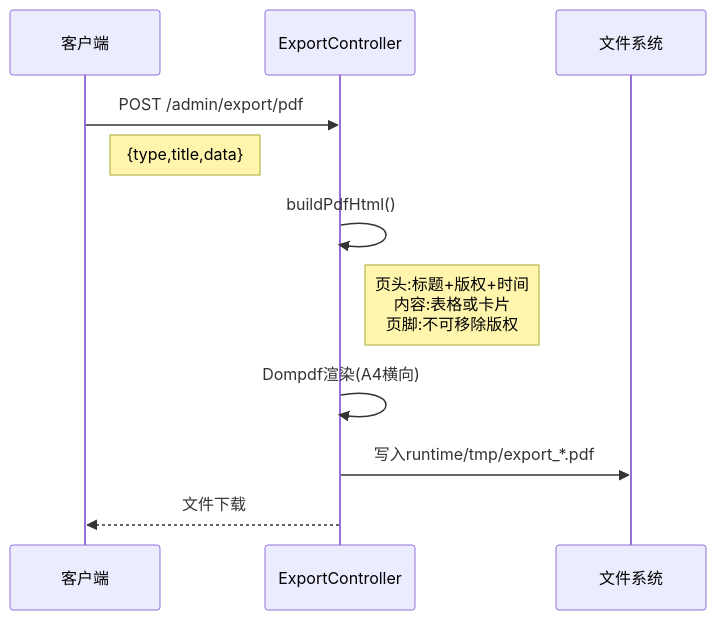
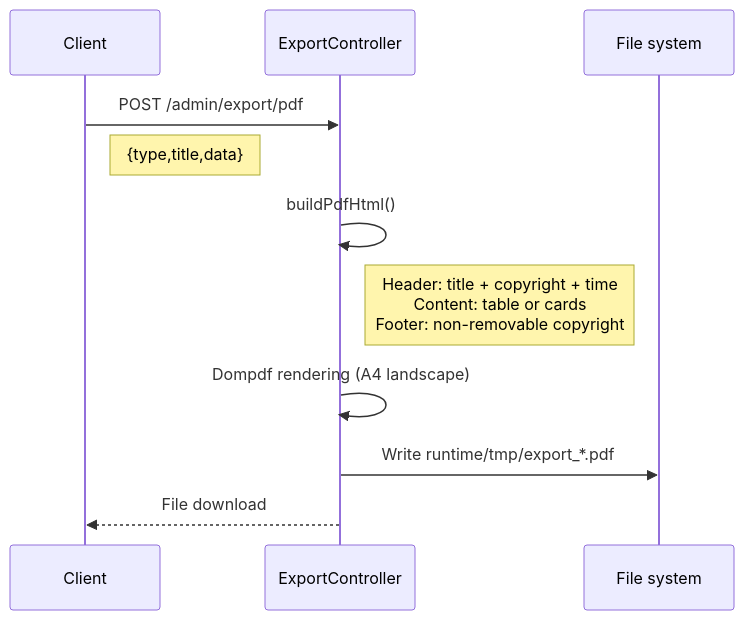
Before and after one commit to erikwang2013/game-platform-php: the second of 2 diagrams in admin/docs/diagrams/09-export-flow.en.md, drawn with Mermaid. The commit also changed other lines of this file and 211 other files, not shown here.

First line of the commit message:
fix: 支付配置读回类型根治、提现事件对账巡检，12 语族 mermaid 与 API 标签本地化

````diff
--- a/admin/docs/diagrams/09-export-flow.en.md
+++ b/admin/docs/diagrams/09-export-flow.en.md
@@ -30,14 +30,14 @@
 ```mermaid
 sequenceDiagram
-    participant C as 客户端
+    participant C as Client
     participant CTL as ExportController
-    participant FS as 文件系统
+    participant FS as File system
 
     C->>CTL: POST /admin/export/pdf
     Note right of C: {type,title,data}
     CTL->>CTL: buildPdfHtml()
-    Note right of CTL: 页头:标题+版权+时间<br/>内容:表格或卡片<br/>页脚:不可移除版权
-    CTL->>CTL: Dompdf渲染(A4横向)
-    CTL->>FS: 写入runtime/tmp/export_*.pdf
-    CTL-->>C: 文件下载
+    Note right of CTL: Header: title + copyright + time<br/>Content: table or cards<br/>Footer: non-removable copyright
+    CTL->>CTL: Dompdf rendering (A4 landscape)
+    CTL->>FS: Write runtime/tmp/export_*.pdf
+    CTL-->>C: File download
 ```
````
